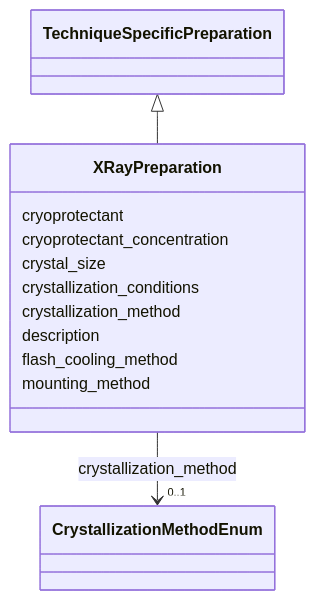
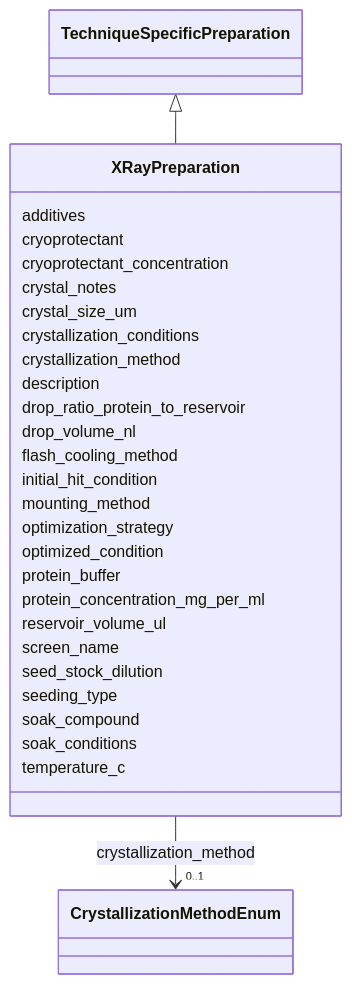
Before and after one commit to lambda-ber/lambda-ber-schema: the diagram in docs/XRayPreparation.md, drawn with Mermaid. The commit also changed other lines of this file and 338 other files, not shown here.

````diff
--- a/docs/XRayPreparation.md
+++ b/docs/XRayPreparation.md
@@ -18,34 +18,66 @@
 ```mermaid
  classDiagram
     class XRayPreparation
     click XRayPreparation href "../XRayPreparation/"
       TechniqueSpecificPreparation <|-- XRayPreparation
         click TechniqueSpecificPreparation href "../TechniqueSpecificPreparation/"
       
+      XRayPreparation : additives
+        
       XRayPreparation : cryoprotectant
         
       XRayPreparation : cryoprotectant_concentration
         
-      XRayPreparation : crystal_size
+      XRayPreparation : crystal_notes
+        
+      XRayPreparation : crystal_size_um
         
       XRayPreparation : crystallization_conditions
         
       XRayPreparation : crystallization_method
         
           
     
         
         
         XRayPreparation --> "0..1" CrystallizationMethodEnum : crystallization_method
         click CrystallizationMethodEnum href "../CrystallizationMethodEnum/"
     
 
         
       XRayPreparation : description
         
+      XRayPreparation : drop_ratio_protein_to_reservoir
+        
+      XRayPreparation : drop_volume_nl
+        
       XRayPreparation : flash_cooling_method
+        
+      XRayPreparation : initial_hit_condition
         
       XRayPreparation : mounting_method
         
+      XRayPreparation : optimization_strategy
+        
+      XRayPreparation : optimized_condition
+        
+      XRayPreparation : protein_buffer
+        
+      XRayPreparation : protein_concentration_mg_per_ml
+        
+      XRayPreparation : reservoir_volume_ul
+        
+      XRayPreparation : screen_name
+        
+      XRayPreparation : seed_stock_dilution
+        
+      XRayPreparation : seeding_type
+        
+      XRayPreparation : soak_compound
+        
+      XRayPreparation : soak_conditions
+        
+      XRayPreparation : temperature_c
+        
       
 ```
````
